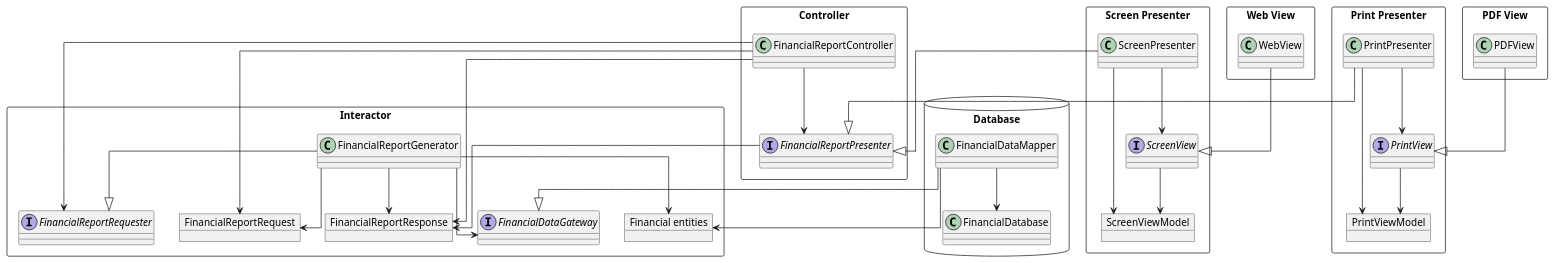
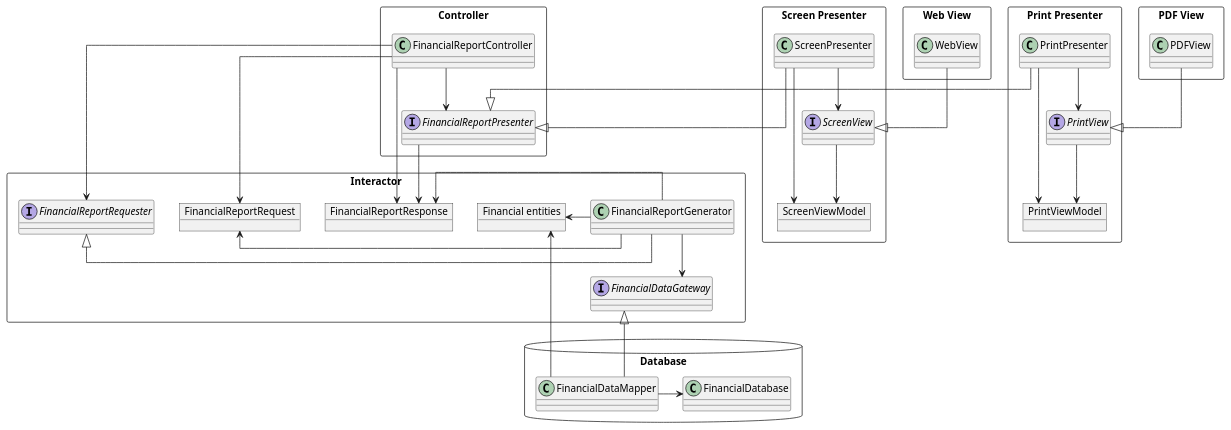
One commit to huland/logseq-notes changed the third of 3 diagrams in pages/Robert C. Martin - Clean Architecture A Craftsman's Guide to Software Structure and Design.md. Above: the diagram before and after it, drawn with PlantUML.

Commit message:
Auto saved by Logseq

```diff
--- a/pages/Robert C. Martin - Clean Architecture A Craftsman's Guide to Software Structure and Design.md
+++ b/pages/Robert C. Martin - Clean Architecture A Craftsman's Guide to Software Structure and Design.md
@@ -203,60 +203,60 @@
 				  @startuml
 				  skinparam linetype ortho
 				  package Interactor <<Rectangle>> {
 				    object FinancialReportRequest
 				    interface FinancialReportRequester
 				    object FinancialReportResponse
 				    class FinancialReportGenerator
 				    interface FinancialDataGateway
 				    object "Financial entities" as FinancialEntities
 				  }
 				  package Controller <<Rectangle>> {
 				    class FinancialReportController 
 				    interface FinancialReportPresenter
 				  }
 				  package Database <<Database>> {
 				    class FinancialDataMapper 
 				    class FinancialDatabase
 				  }
 				  package "Screen Presenter" as ScreenPres <<Rectangle>> {
 				    class ScreenPresenter
 				    object ScreenViewModel
 				    interface ScreenView
 				  }
 				  package "Print Presenter" as PrintPres <<Rectangle>> {
 				    class PrintPresenter
 				    object PrintViewModel
 				    interface PrintView
 				  } 
 				  package "PDF View" as PDFV <<Rectangle>> {
 				    class PDFView
 				  } 
 				  package "Web View" as WebV <<Rectangle>> {
 				    class WebView
 				  } 
 				  
-				  FinancialReportGenerator --> FinancialReportRequest
-				  FinancialReportGenerator --> FinancialEntities
-				  FinancialReportGenerator --> FinancialReportResponse
-				  FinancialReportGenerator --> FinancialDataGateway
-				  FinancialReportGenerator --|> FinancialReportRequester
-				  FinancialDataMapper --> FinancialDatabase
-				  FinancialDataMapper --> FinancialEntities
-				  FinancialDataMapper --|> FinancialDataGateway
+				  FinancialReportGenerator -l-> FinancialReportRequest
+				  FinancialReportGenerator -r-> FinancialEntities
+				  FinancialReportGenerator -l-> FinancialReportResponse
+				  FinancialReportGenerator -d-> FinancialDataGateway
+				  FinancialReportGenerator -l-|> FinancialReportRequester
+				  FinancialDataMapper -r-> FinancialDatabase
+				  FinancialDataMapper -u-> FinancialEntities
+				  FinancialDataMapper -u-|> FinancialDataGateway
 				  FinancialReportController --> FinancialReportPresenter
 				  FinancialReportPresenter --> FinancialReportResponse
 				  FinancialReportController --> FinancialReportRequest
 				  FinancialReportController --> FinancialReportRequester
 				  FinancialReportController --> FinancialReportResponse
 				  ScreenPresenter --> ScreenView
 				  ScreenView --> ScreenViewModel
 				  ScreenPresenter --> ScreenViewModel
 				  ScreenPresenter --|> FinancialReportPresenter
 				  PrintPresenter --> PrintView
 				  PrintView --> PrintViewModel
 				  PrintPresenter --> PrintViewModel
 				  PrintPresenter --|> FinancialReportPresenter
 				  WebView --|> ScreenView
 				  PDFView --|> PrintView
 				  
 				  @enduml
```
